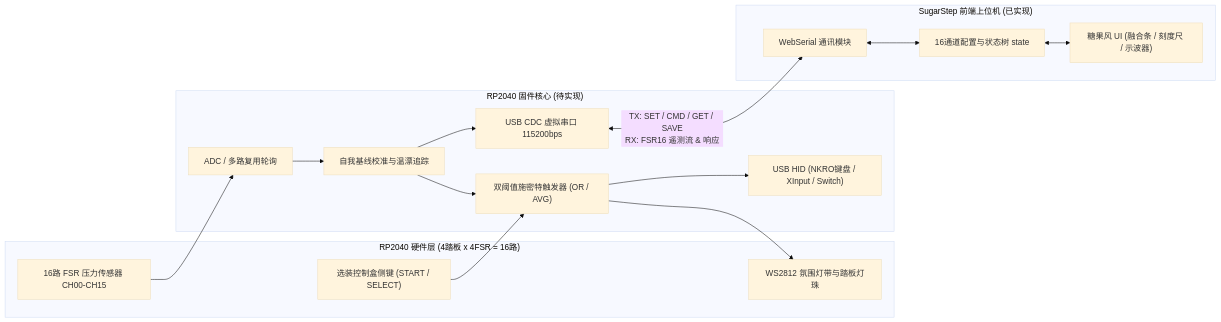
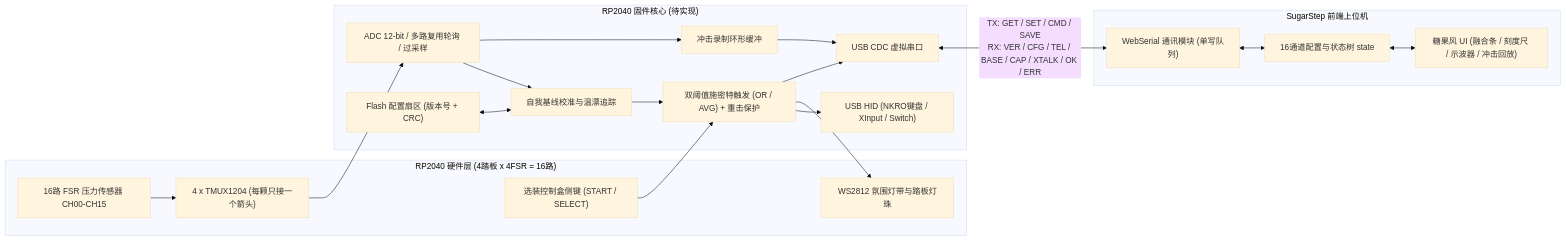
Before and after one commit to kirisamesusi/step-lattice: the first of 2 diagrams in DESIGN_SPEC.md, drawn with Mermaid (base theme). The commit also changed other lines of this file, not shown here.

First line of the commit message:
Revise SugarStep spec to v4: firmware owns judging, add guard, capture and Flash config

````diff
--- a/DESIGN_SPEC.md
+++ b/DESIGN_SPEC.md
@@ -21,30 +29,36 @@
 ```mermaid
 flowchart LR
     subgraph HW["RP2040 硬件层 (4踏板 x 4FSR = 16路)"]
         FSR["16路 FSR 压力传感器 CH00-CH15"]
+        MUX["4 x TMUX1204 (每颗只接一个箭头)"]
         EXT["选装控制盒侧键 (START / SELECT)"]
         LED["WS2812 氛围灯带与踏板灯珠"]
     end
 
     subgraph FW["RP2040 固件核心 (待实现)"]
-        ADC["ADC / 多路复用轮询"]
+        ADC["ADC 12-bit / 多路复用轮询 / 过采样"]
         CAL["自我基线校准与温漂追踪"]
-        TRIG["双阈值施密特触发器 (OR / AVG)"]
+        TRIG["双阈值施密特触发 (OR / AVG) + 重击保护"]
+        CAP["冲击录制环形缓冲"]
         HID["USB HID (NKRO键盘 / XInput / Switch)"]
-        CDC["USB CDC 虚拟串口 115200bps"]
+        CDC["USB CDC 虚拟串口"]
+        CFGF["Flash 配置扇区 (版本号 + CRC)"]
     end
 
-    subgraph WEB["SugarStep 前端上位机 (已实现)"]
-        SERIAL["WebSerial 通讯模块"]
+    subgraph WEB["SugarStep 前端上位机"]
+        SERIAL["WebSerial 通讯模块 (单写队列)"]
         STATE["16通道配置与状态树 state"]
-        UI["糖果风 UI (融合条 / 刻度尺 / 示波器)"]
+        UI["糖果风 UI (融合条 / 刻度尺 / 示波器 / 冲击回放)"]
     end
 
-    FSR --> ADC --> CAL --> TRIG
+    FSR --> MUX --> ADC --> CAL --> TRIG
     EXT --> TRIG
     TRIG --> HID
     TRIG --> LED
-    CAL --> CDC
-    CDC <-->|"TX: SET / CMD / GET / SAVE\nRX: FSR16 遥测流 & 响应"| SERIAL
+    ADC --> CAP
+    CFGF <--> CAL
+    TRIG --> CDC
+    CAP --> CDC
+    CDC <-->|"TX: GET / SET / CMD / SAVE\nRX: VER / CFG / TEL / BASE / CAP / XTALK / OK / ERR"| SERIAL
     SERIAL <--> STATE <--> UI
 ```
````
